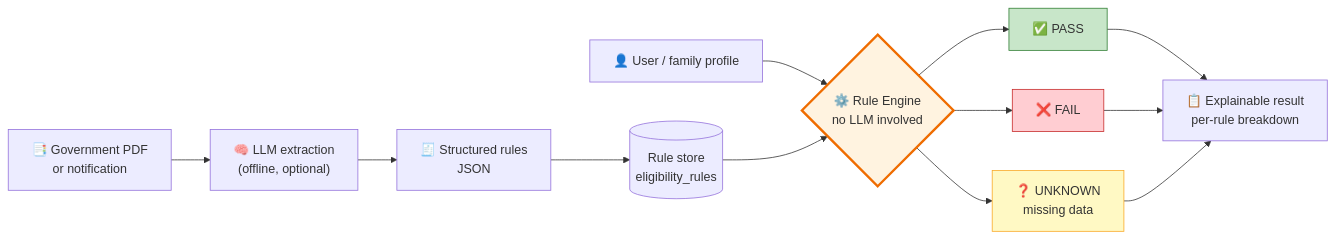
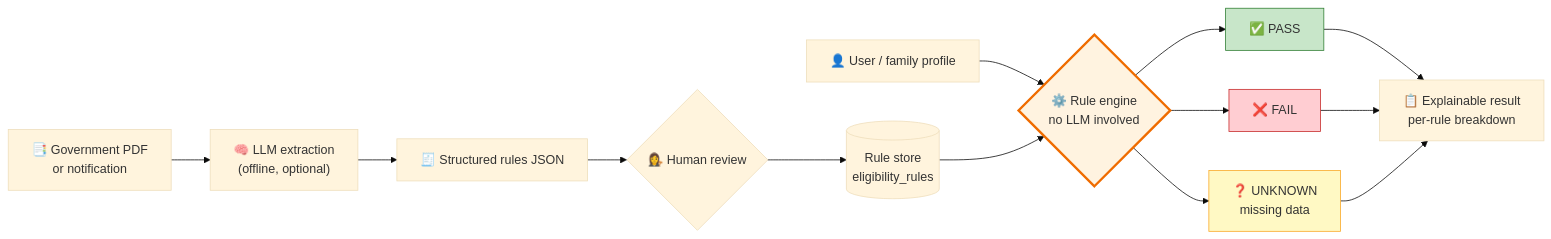
The tenth of 20 diagrams in README.md (Akshatsrii/Adhikar), drawn with Mermaid before and after one commit. The commit also changed other lines of this file, not shown here.

````diff
--- a/README.md
+++ b/README.md
@@ -433,17 +654,19 @@
 ```mermaid
+%%{init: {'theme':'base','themeVariables':{'fontFamily':'Segoe UI, Arial'}}}%%
 flowchart LR
     P["📑 Government PDF<br/>or notification"] --> L["🧠 LLM extraction<br/>(offline, optional)"]
-    L --> J["🧾 Structured rules<br/>JSON"]
-    J --> R[("Rule store<br/>eligibility_rules")]
+    L --> J["🧾 Structured rules JSON"]
+    J --> H{"👩‍⚖️ Human review"}
+    H --> R[("Rule store<br/>eligibility_rules")]
     U["👤 User / family profile"] --> E
-    R --> E{"⚙️ Rule Engine<br/>no LLM involved"}
+    R --> E{"⚙️ Rule engine<br/>no LLM involved"}
     E --> V1["✅ PASS"]
     E --> V2["❌ FAIL"]
     E --> V3["❓ UNKNOWN<br/>missing data"]
     V1 & V2 & V3 --> X["📋 Explainable result<br/>per-rule breakdown"]
 
     style E fill:#fff3e0,stroke:#ef6c00,stroke-width:3px
     style V1 fill:#c8e6c9,stroke:#2e7d32
     style V2 fill:#ffcdd2,stroke:#c62828
     style V3 fill:#fff9c4,stroke:#f9a825
 ```
````
